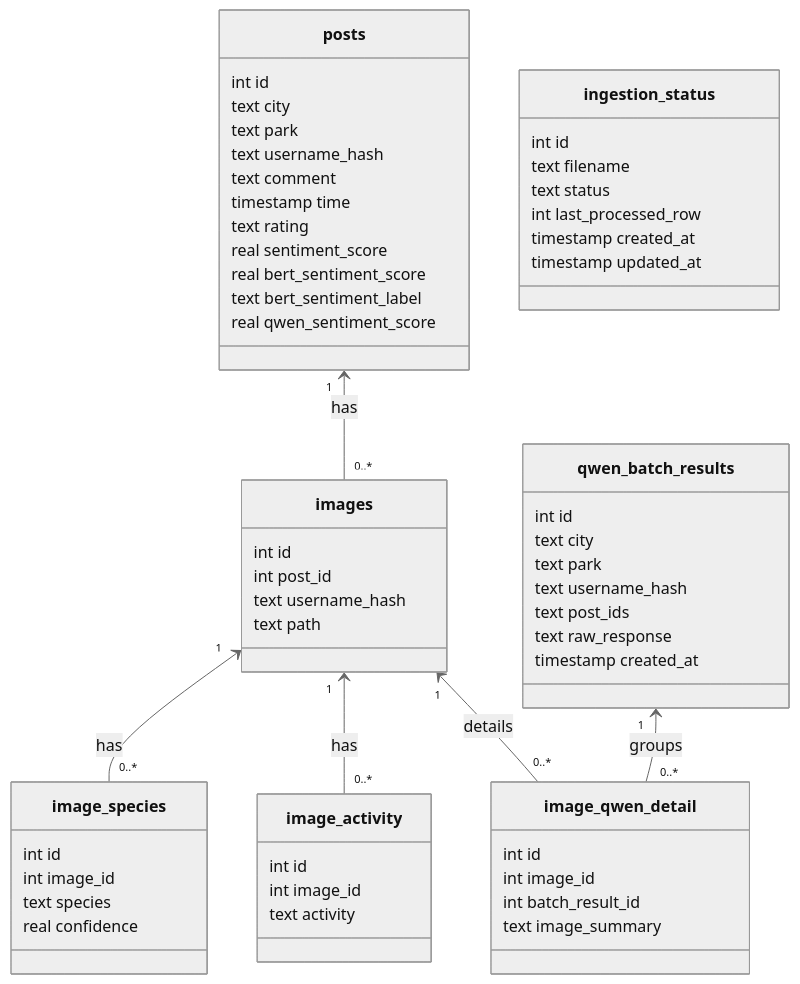
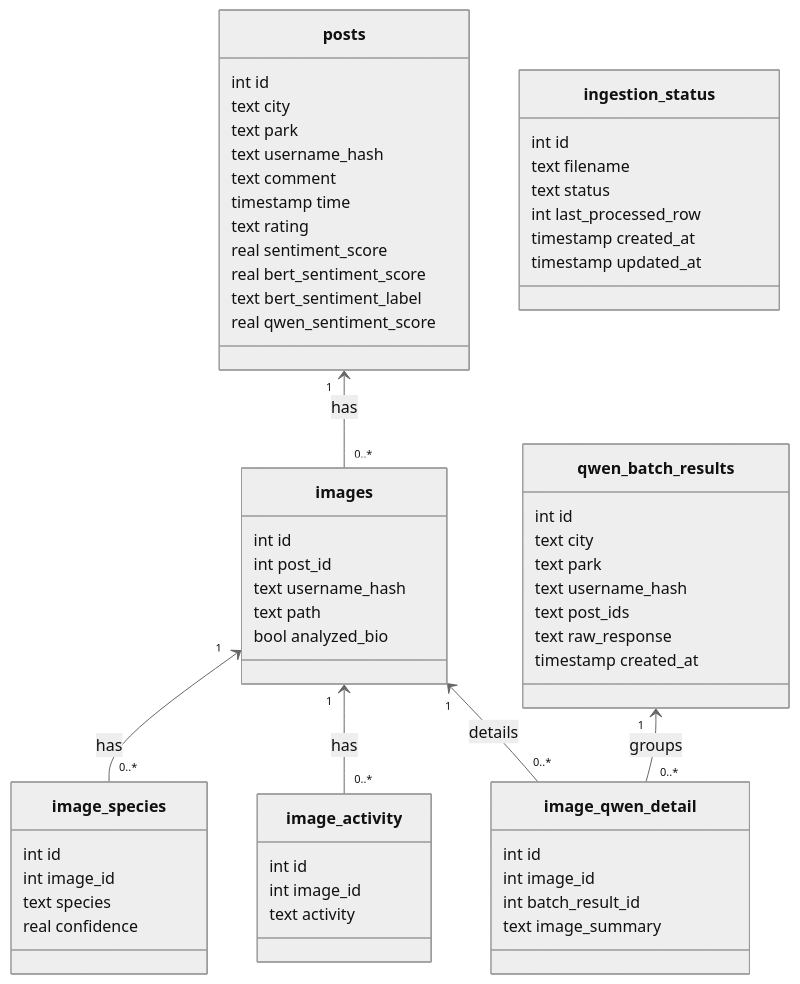
The diagram in documentation/database.md (Data-Science-Project-2026/ProjectNew), drawn with Mermaid (neutral theme) before and after one commit. The commit also changed other lines of this file and 8 other files, not shown here.

````diff
--- a/documentation/database.md
+++ b/documentation/database.md
@@ -131,62 +132,63 @@
 ```mermaid
 classDiagram
     class posts {
         int id
         text city
         text park
         text username_hash
         text comment
         timestamp time
         text rating
         real sentiment_score
         real bert_sentiment_score
         text bert_sentiment_label
         real qwen_sentiment_score
     }
     class images {
         int id
         int post_id
         text username_hash
         text path
+        bool analyzed_bio
     }
     class image_species {
         int id
         int image_id
         text species
         real confidence
     }
     class image_activity {
         int id
         int image_id
         text activity
     }
     class qwen_batch_results {
         int id
         text city
         text park
         text username_hash
         text post_ids
         text raw_response
         timestamp created_at
     }
     class image_qwen_detail {
         int id
         int image_id
         int batch_result_id
         text image_summary
     }
     class ingestion_status {
         int id
         text filename
         text status
         int last_processed_row
         timestamp created_at
         timestamp updated_at
     }
 
     posts "1" <-- "0..*" images : has
     images "1" <-- "0..*" image_species : has
     images "1" <-- "0..*" image_activity : has
     qwen_batch_results "1" <-- "0..*" image_qwen_detail : groups
     images "1" <-- "0..*" image_qwen_detail : details
 ```
````
